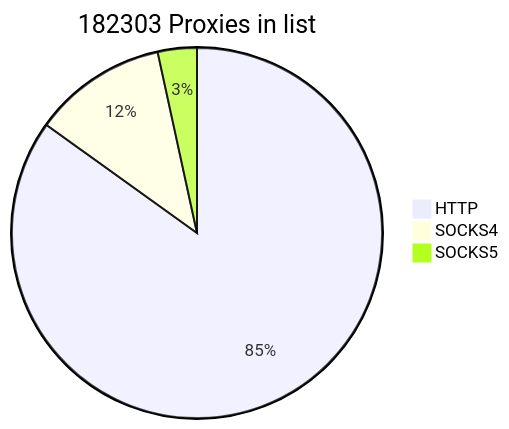
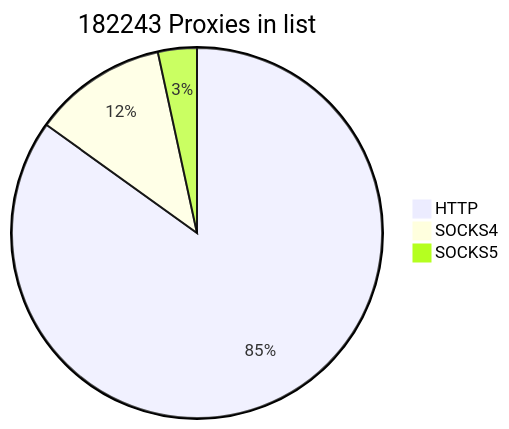
One commit to cutipu/proxylist changed the first of 2 diagrams in README.md. Above: the diagram before and after it, drawn with Mermaid. The commit also changed other lines of this file, not shown here.

````diff
--- a/README.md
+++ b/README.md
@@ -2,7 +2,7 @@
 ```mermaid
-pie title 182303 Proxies in list
-    "HTTP" : 154787
-    "SOCKS4" : 21298
-    "SOCKS5" : 6218
+pie title 182243 Proxies in list
+    "HTTP" : 154759
+    "SOCKS4" : 21297
+    "SOCKS5" : 6187
             
 ```
````
